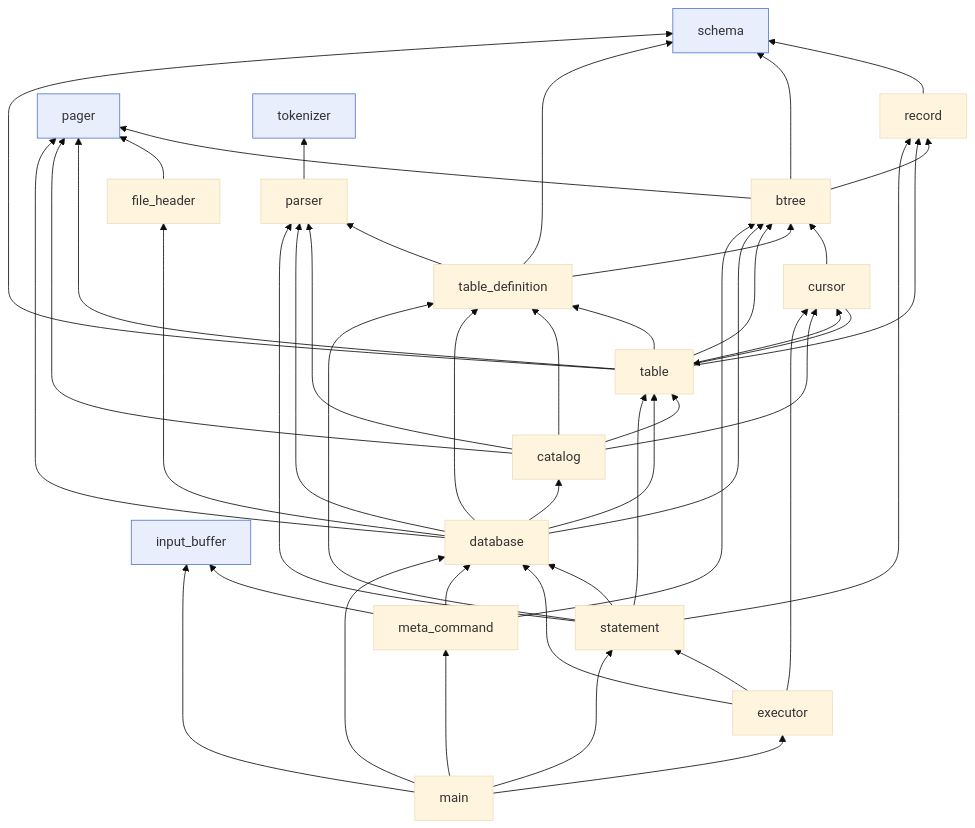
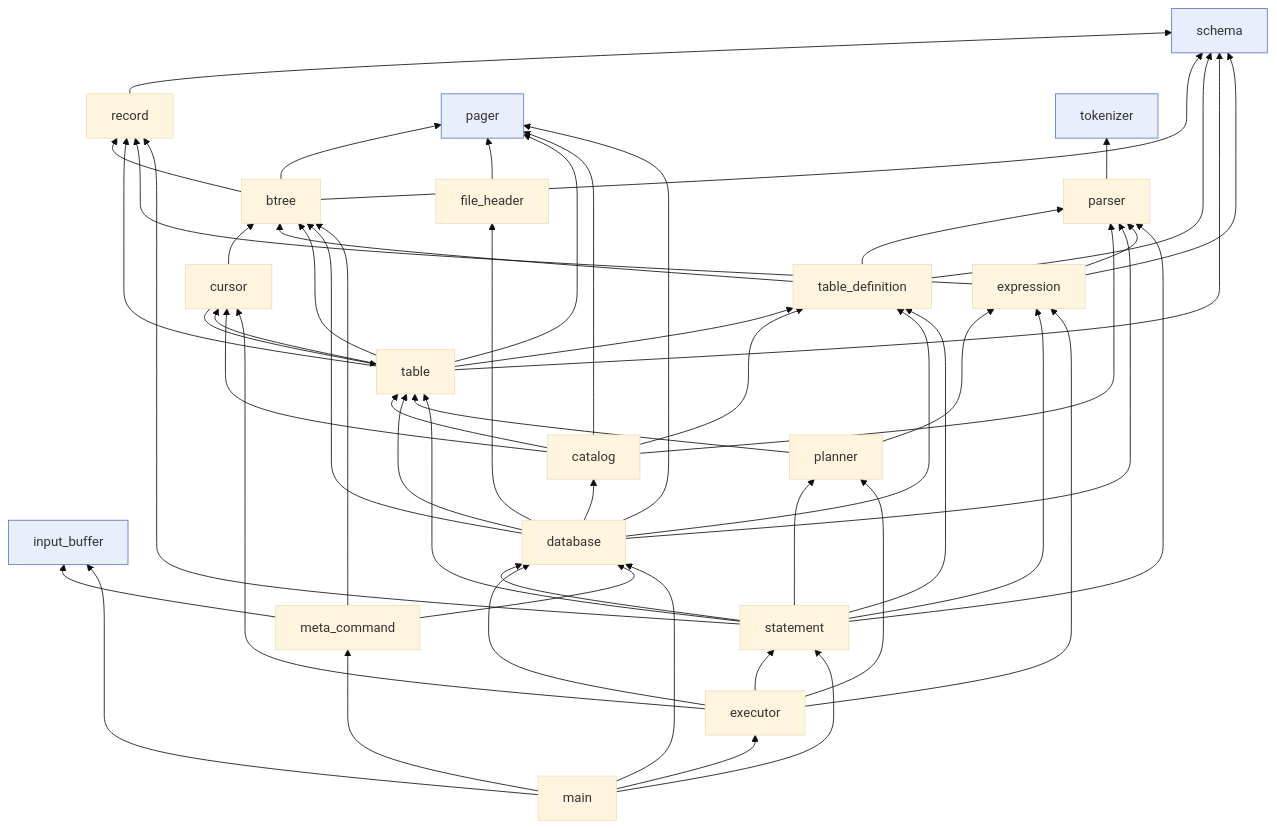
One commit to Rohitangshu2026/mini-sql changed the third of 22 diagrams in README.md. Above: the diagram before and after it, drawn with Mermaid (base theme). The commit also changed other lines of this file, not shown here.

````diff
--- a/README.md
+++ b/README.md
@@ -282,52 +321,61 @@
 ```mermaid
 flowchart BT
     main --> input_buffer
     main --> meta_command
     main --> statement
     main --> executor
     main --> database
 
     meta_command --> input_buffer
     meta_command --> database
     meta_command --> btree
     executor --> statement
     executor --> database
     executor --> cursor
+    executor --> expression
+    executor --> planner
     statement --> database
     statement --> parser
     statement --> record
     statement --> table
     statement --> table_definition
+    statement --> expression
+    statement --> planner
+    planner --> expression
+    planner --> table
+    expression --> parser
+    expression --> record
+    expression --> schema
     database --> catalog
     database --> table
     database --> table_definition
     database --> file_header
     database --> parser
     database --> pager
     database --> btree
     catalog --> table
     catalog --> table_definition
     catalog --> parser
     catalog --> cursor
     catalog --> pager
     table --> table_definition
     table --> cursor
     table --> btree
     table --> pager
     table --> record
     table --> schema
     table_definition --> parser
     table_definition --> schema
     table_definition --> btree
     cursor --> table
     cursor --> btree
     parser --> tokenizer
     file_header --> pager
     btree --> pager
     btree --> record
     btree --> schema
     record --> schema
 
     classDef leaf fill:#e8eefc,stroke:#5577cc;
     class schema,input_buffer,pager,tokenizer leaf;
 ```
````
